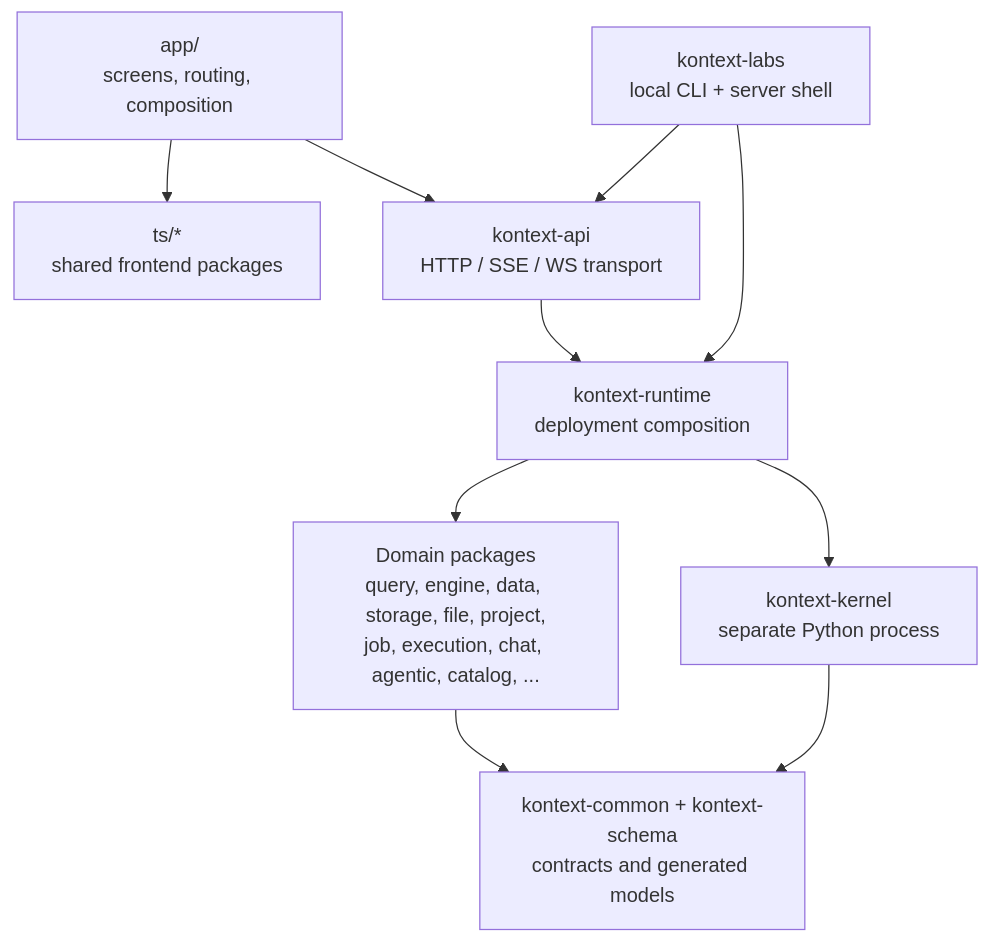
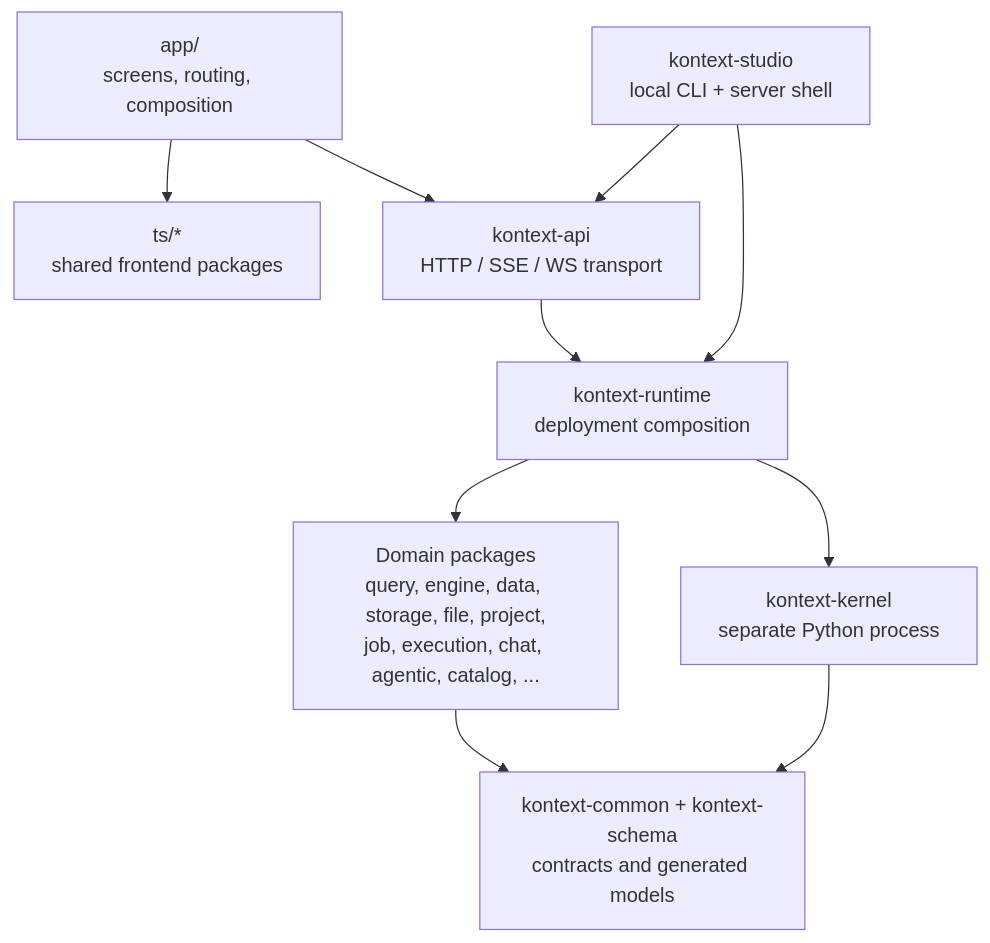
Before and after one commit to kontext-tech/kontext-studio: the second of 2 diagrams in docs/development/architecture.md, drawn with Mermaid. The commit also changed other lines of this file and 85 other files, not shown here.

First line of the commit message:
feat(packaging)!: rename the distribution and CLI to kontext-studio

````diff
--- a/docs/development/architecture.md
+++ b/docs/development/architecture.md
@@ -25,21 +25,21 @@
 ```mermaid
 flowchart TB
     App["app/<br/>screens, routing, composition"]
     TS["ts/*<br/>shared frontend packages"]
     API["kontext-api<br/>HTTP / SSE / WS transport"]
-    Labs["kontext-labs<br/>local CLI + server shell"]
+    Labs["kontext-studio<br/>local CLI + server shell"]
     Runtime["kontext-runtime<br/>deployment composition"]
     Domain["Domain packages<br/>query, engine, data, storage, file, project,<br/>job, execution, chat, agentic, catalog, ..."]
     Contracts["kontext-common + kontext-schema<br/>contracts and generated models"]
     Kernel["kontext-kernel<br/>separate Python process"]
 
     App --> TS
     App --> API
     Labs --> API
     Labs --> Runtime
     API --> Runtime
     Runtime --> Domain
     Domain --> Contracts
     Runtime --> Kernel
     Kernel --> Contracts
 ```
````
